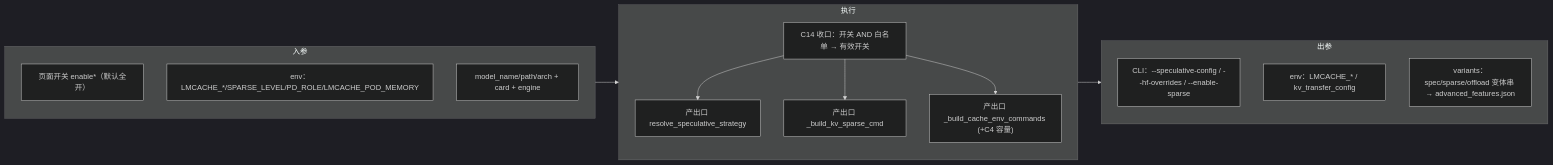
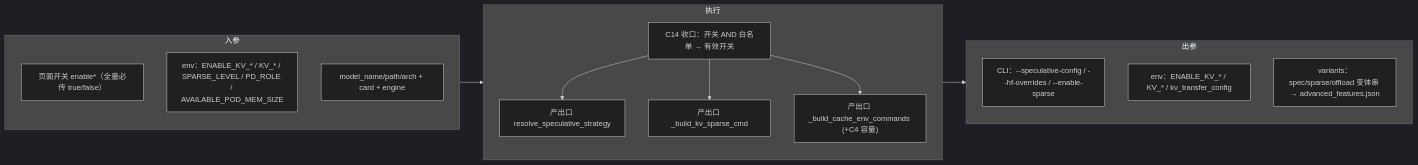
The seventh of 18 diagrams in xuqiu/smart/需求一-三特性使能.md (thegodloy-jpg/wings-control), drawn with Mermaid (dark theme) before and after one commit. The commit also changed other lines of this file and 1 other file, not shown here.

First line of the commit message:
@ docs(smart): 需求一文档全量对齐 Maas 交互契约 — ENV 改名 + 层级门控 + auto 显式 + 代码修改清单

````diff
--- a/xuqiu/smart/需求一-三特性使能.md
+++ b/xuqiu/smart/需求一-三特性使能.md
@@ -652,26 +719,26 @@
 ```mermaid
 flowchart LR
   subgraph IN["入参"]
     direction TB
-    I1["页面开关 enable*（默认全开）"]
-    I2["env：LMCACHE_*/SPARSE_LEVEL/PD_ROLE/LMCACHE_POD_MEMORY"]
+    I1["页面开关 enable*（全量必传 true/false）"]
+    I2["env：ENABLE_KV_* / KV_* / SPARSE_LEVEL / PD_ROLE / AVAILABLE_POD_MEM_SIZE"]
     I3["model_name/path/arch + card + engine"]
   end
   subgraph EXEC["执行"]
     direction TB
     X1["C14 收口：开关 AND 白名单 → 有效开关"]
     X2["产出口 resolve_speculative_strategy"]
     X3["产出口 _build_kv_sparse_cmd"]
     X4["产出口 _build_cache_env_commands (+C4 容量)"]
     X1 --> X2
     X1 --> X3
     X1 --> X4
   end
   subgraph OUT["出参"]
     direction TB
     O1["CLI：--speculative-config / --hf-overrides / --enable-sparse"]
-    O2["env：LMCACHE_* / kv_transfer_config"]
+    O2["env：ENABLE_KV_* / KV_* / kv_transfer_config"]
     O3["variants：spec/sparse/offload 变体串 → advanced_features.json"]
   end
   IN --> EXEC --> OUT
 ```
````
